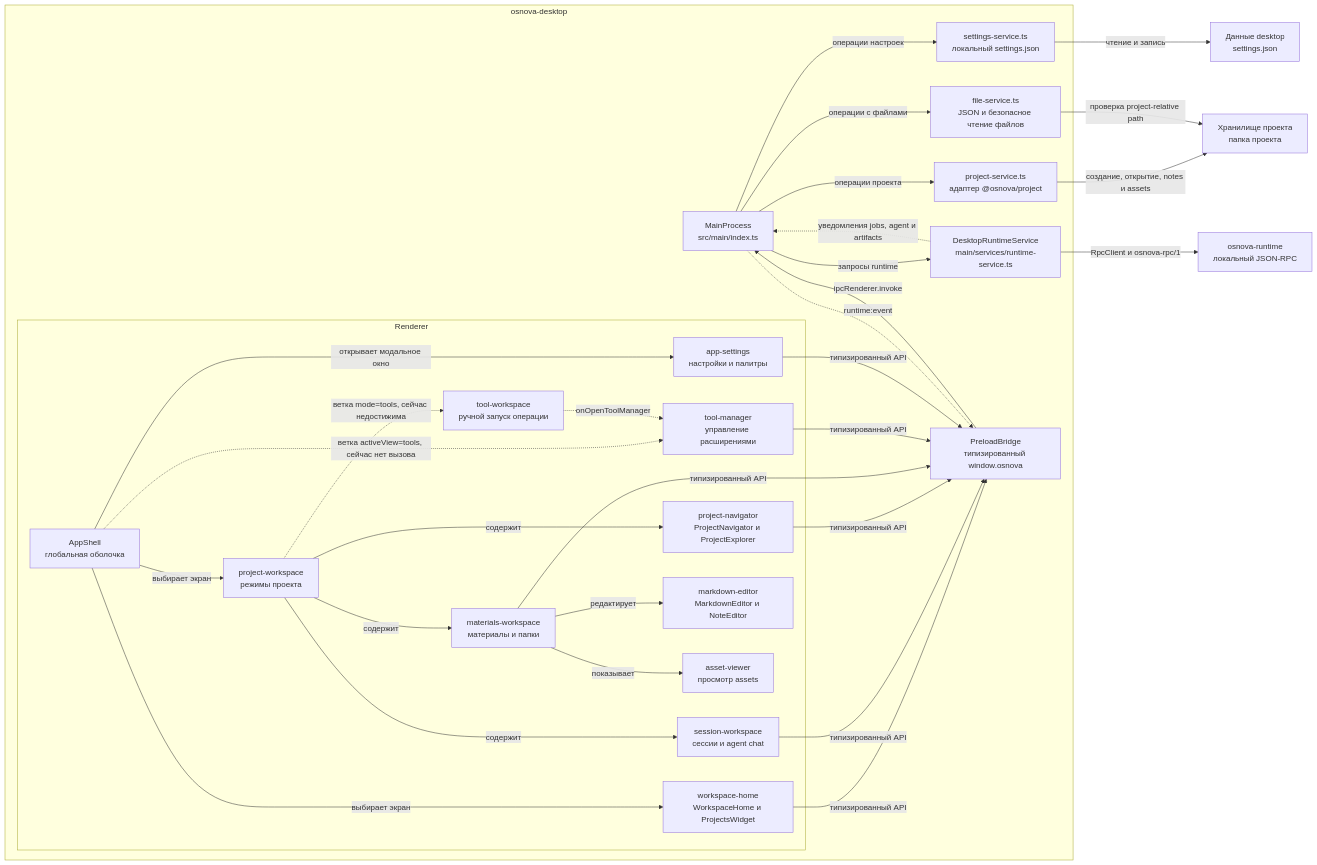
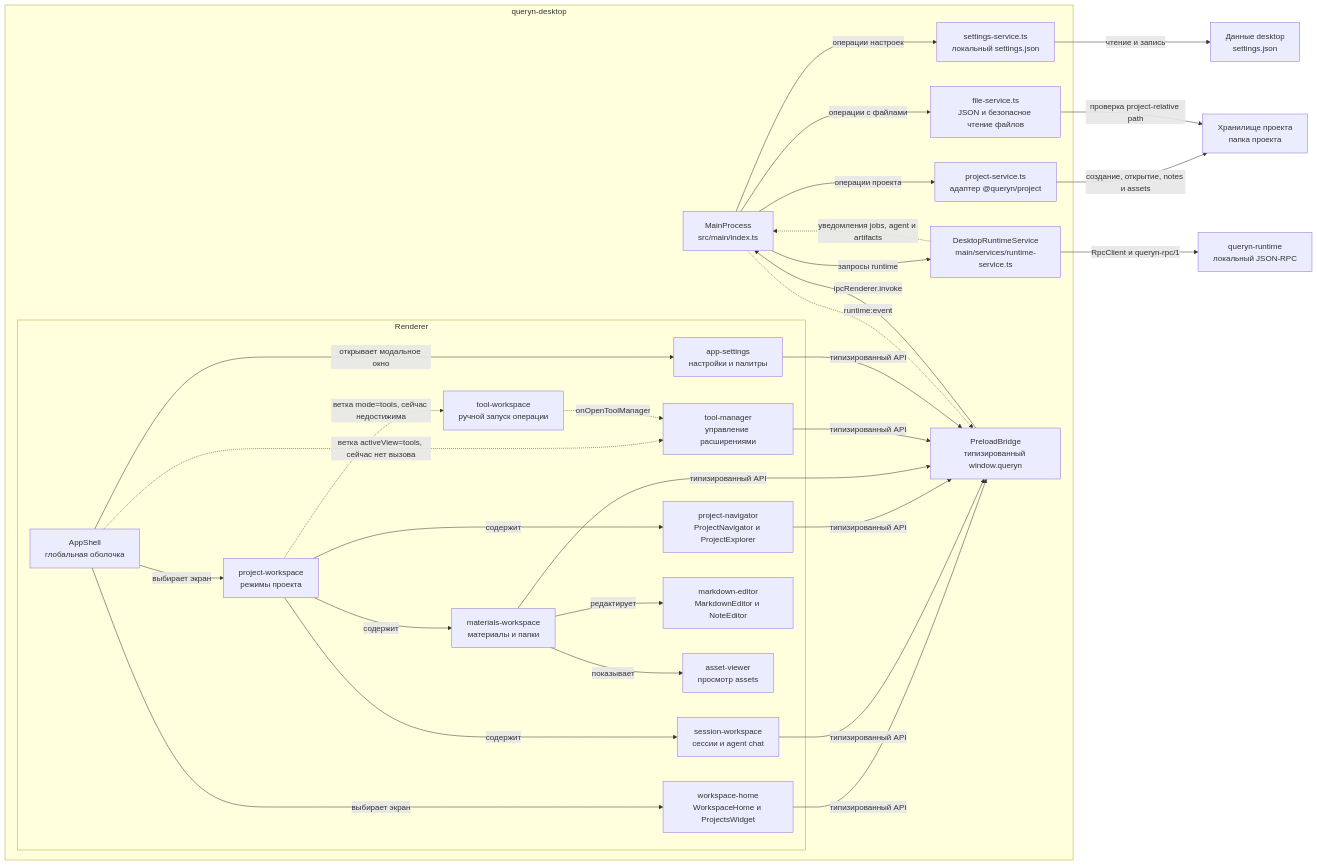
The fourth of 5 diagrams in docs/architecture/system.md (Queryn-labs/queryn-docs), drawn with Mermaid before and after one commit. The commit also changed other lines of this file and 48 other files, not shown here.

````diff
--- a/docs/architecture/system.md
+++ b/docs/architecture/system.md
@@ -218,59 +218,59 @@
 ```mermaid
 flowchart LR
-  subgraph DesktopComponents["osnova-desktop"]
+  subgraph DesktopComponents["queryn-desktop"]
     MainProcess["MainProcess<br/>src/main/index.ts"]
     RuntimeService["DesktopRuntimeService<br/>main/services/runtime-service.ts"]
-    ProjectService["project-service.ts<br/>адаптер @osnova/project"]
+    ProjectService["project-service.ts<br/>адаптер @queryn/project"]
     SettingsService["settings-service.ts<br/>локальный settings.json"]
     FileService["file-service.ts<br/>JSON и безопасное чтение файлов"]
-    PreloadBridge["PreloadBridge<br/>типизированный window.osnova"]
+    PreloadBridge["PreloadBridge<br/>типизированный window.queryn"]
 
     subgraph RendererLayer["Renderer"]
       AppShell["AppShell<br/>глобальная оболочка"]
       WorkspaceHome["workspace-home<br/>WorkspaceHome и ProjectsWidget"]
       SessionWorkspace["session-workspace<br/>сессии и agent chat"]
       ProjectWorkspace["project-workspace<br/>режимы проекта"]
       ToolManager["tool-manager<br/>управление расширениями"]
       ToolWorkspace["tool-workspace<br/>ручной запуск операции"]
       ProjectNavigator["project-navigator<br/>ProjectNavigator и ProjectExplorer"]
       MaterialsWorkspace["materials-workspace<br/>материалы и папки"]
       MarkdownEditor["markdown-editor<br/>MarkdownEditor и NoteEditor"]
       AssetViewer["asset-viewer<br/>просмотр assets"]
       AppSettings["app-settings<br/>настройки и палитры"]
     end
   end
 
-  Runtime["osnova-runtime<br/>локальный JSON-RPC"]
+  Runtime["queryn-runtime<br/>локальный JSON-RPC"]
   ProjectStorage["Хранилище проекта<br/>папка проекта"]
   UserSettings["Данные desktop<br/>settings.json"]
 
   AppShell -->|выбирает экран| WorkspaceHome
   AppShell -->|выбирает экран| ProjectWorkspace
   AppShell -.->|ветка activeView=tools, сейчас нет вызова| ToolManager
   AppShell -->|открывает модальное окно| AppSettings
   ProjectWorkspace -->|содержит| SessionWorkspace
   ProjectWorkspace -->|содержит| ProjectNavigator
   ProjectWorkspace -->|содержит| MaterialsWorkspace
   ProjectWorkspace -.->|ветка mode=tools, сейчас недостижима| ToolWorkspace
   ToolWorkspace -.->|onOpenToolManager| ToolManager
   MaterialsWorkspace -->|редактирует| MarkdownEditor
   MaterialsWorkspace -->|показывает| AssetViewer
 
   WorkspaceHome -->|типизированный API| PreloadBridge
   SessionWorkspace -->|типизированный API| PreloadBridge
   ProjectNavigator -->|типизированный API| PreloadBridge
   MaterialsWorkspace -->|типизированный API| PreloadBridge
   ToolManager -->|типизированный API| PreloadBridge
   AppSettings -->|типизированный API| PreloadBridge
   PreloadBridge -->|ipcRenderer.invoke| MainProcess
   MainProcess -->|запросы runtime| RuntimeService
   MainProcess -->|операции проекта| ProjectService
   MainProcess -->|операции настроек| SettingsService
   MainProcess -->|операции с файлами| FileService
-  RuntimeService -->|RpcClient и osnova-rpc/1| Runtime
+  RuntimeService -->|RpcClient и queryn-rpc/1| Runtime
   ProjectService -->|создание, открытие, notes и assets| ProjectStorage
   FileService -->|проверка project-relative path| ProjectStorage
   SettingsService -->|чтение и запись| UserSettings
   RuntimeService -.->|уведомления jobs, agent и artifacts| MainProcess
   MainProcess -.->|runtime:event| PreloadBridge
 ```
````
